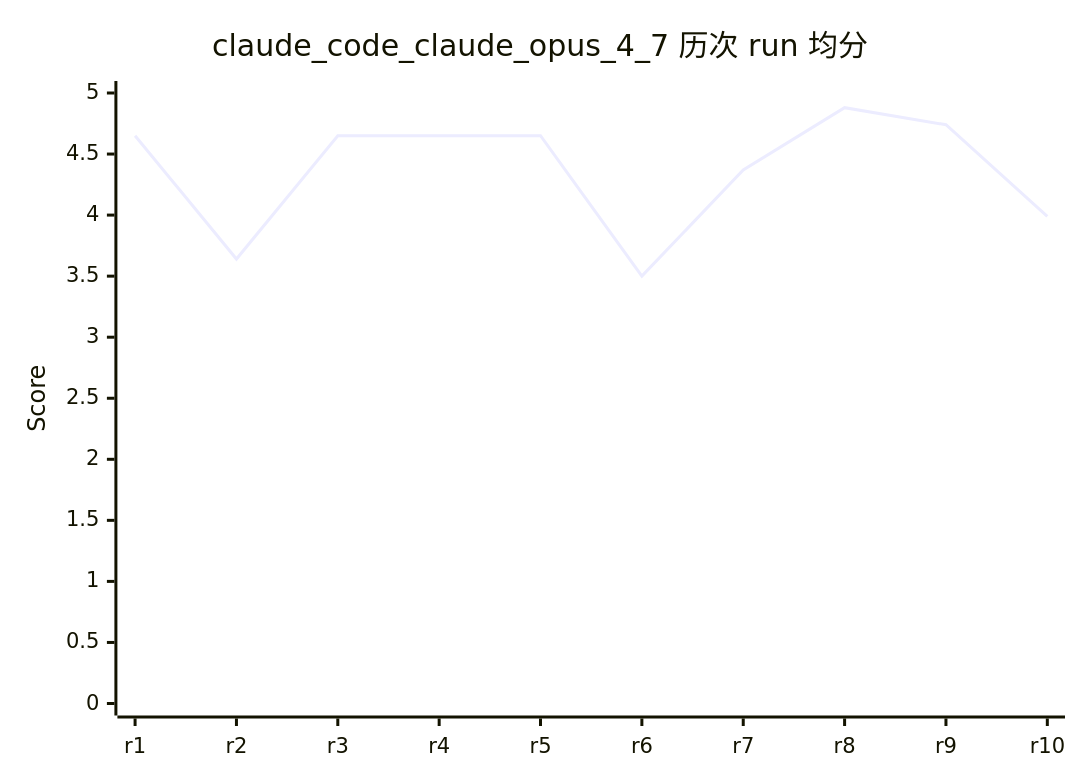
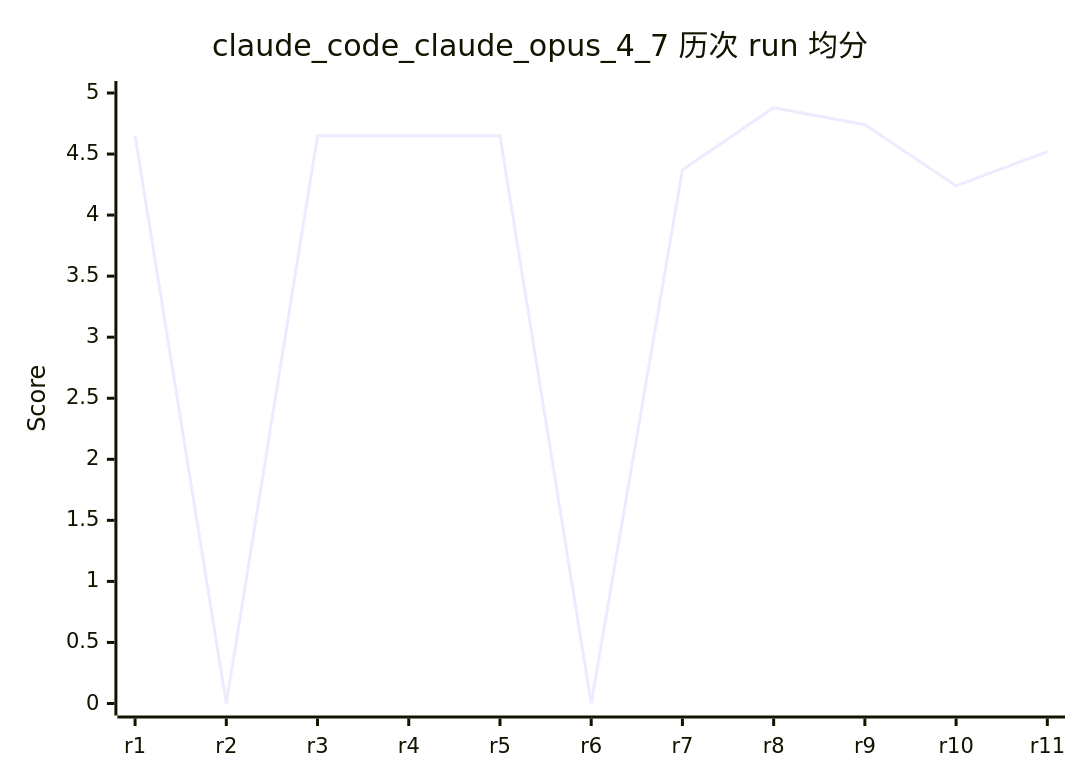
Before and after one commit to rushengzhou/sid-code: diagram 33 of 58 in evals/DASHBOARD.md, drawn with Mermaid. The commit also changed other lines of this file and 49 other files, not shown here.

````diff
--- a/evals/DASHBOARD.md
+++ b/evals/DASHBOARD.md
@@ -702,7 +708,7 @@
 ```mermaid
 xychart-beta
     title "claude_code_claude_opus_4_7 历次 run 均分"
-    x-axis [r1, r2, r3, r4, r5, r6, r7, r8, r9, r10]
+    x-axis [r1, r2, r3, r4, r5, r6, r7, r8, r9, r10, r11]
     y-axis "Score" 0 --> 5
-    line [4.65, 3.64, 4.65, 4.65, 4.65, 3.50, 4.37, 4.88, 4.74, 3.99]
+    line [4.65, 0.00, 4.65, 4.65, 4.65, 0.00, 4.37, 4.88, 4.74, 4.24, 4.52]
 ```
````
